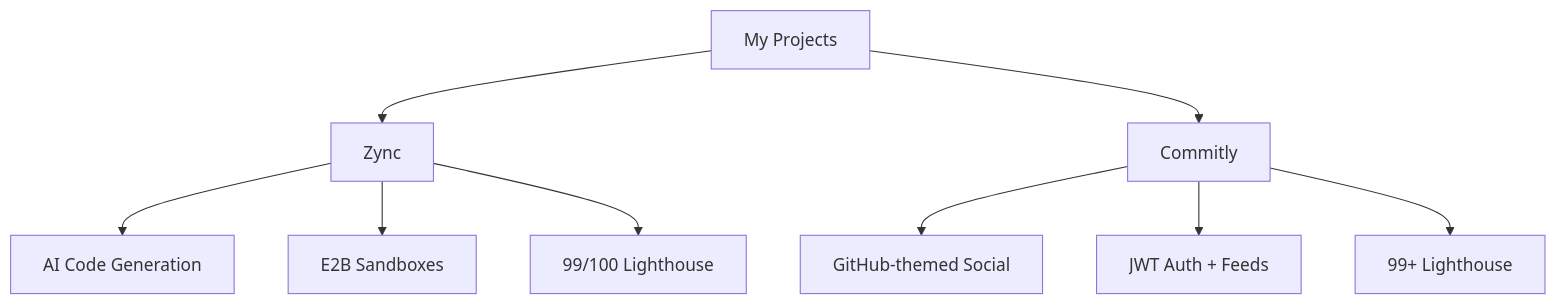
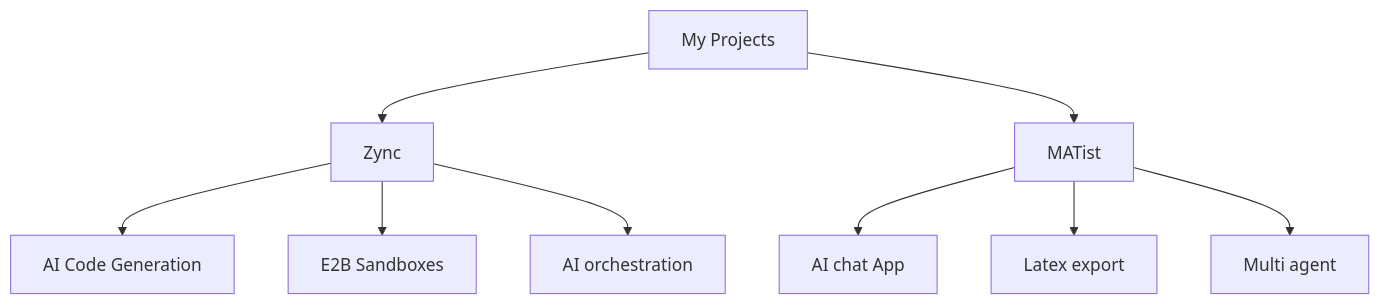
Before and after one commit to Rewant-1/Rewant-1: the second of 2 diagrams in README.md, drawn with Mermaid. The commit also changed other lines of this file, not shown here.

````diff
--- a/README.md
+++ b/README.md
@@ -81,11 +81,11 @@
 ```mermaid
 graph TD
   A[My Projects] --> B[Zync]
-  A --> C[Commitly]
+  A --> C[MATist]
   B --> B1[AI Code Generation]
   B --> B2[E2B Sandboxes]
-  B --> B3[99/100 Lighthouse]
-  C --> C1[GitHub-themed Social]
-  C --> C2[JWT Auth + Feeds]
-  C --> C3[99+ Lighthouse]
+  B --> B3[AI orchestration]
+  C --> C1[AI chat App]
+  C --> C2[Latex export]
+  C --> C3[Multi agent]
 ```
````
